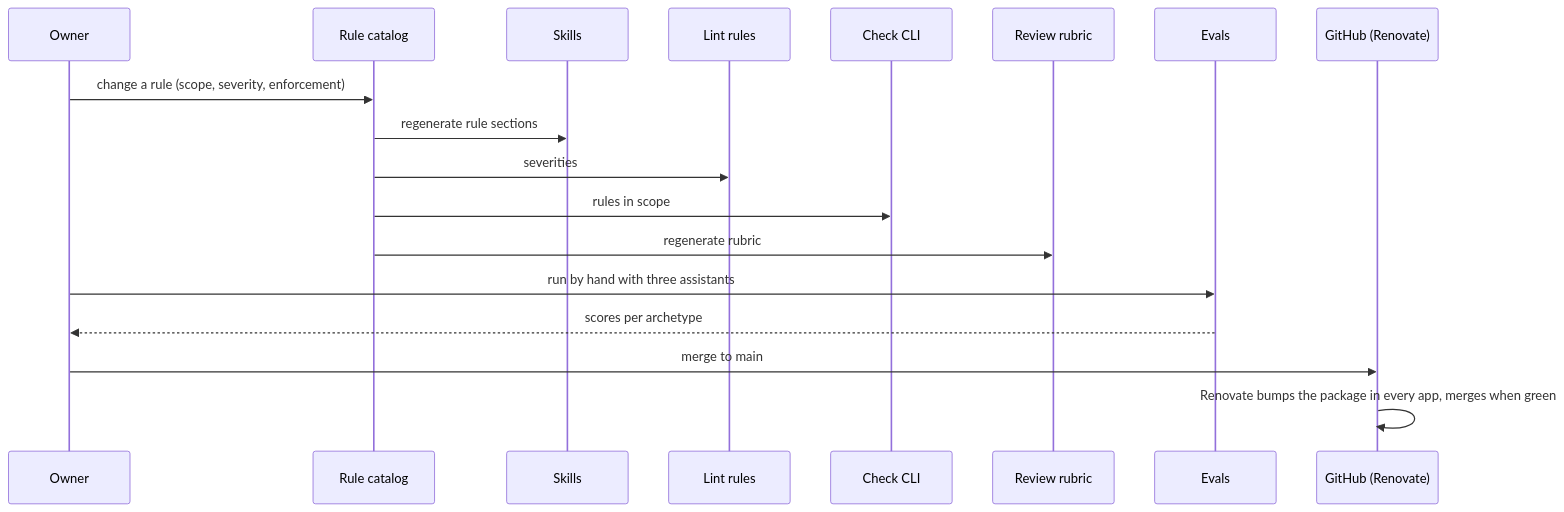
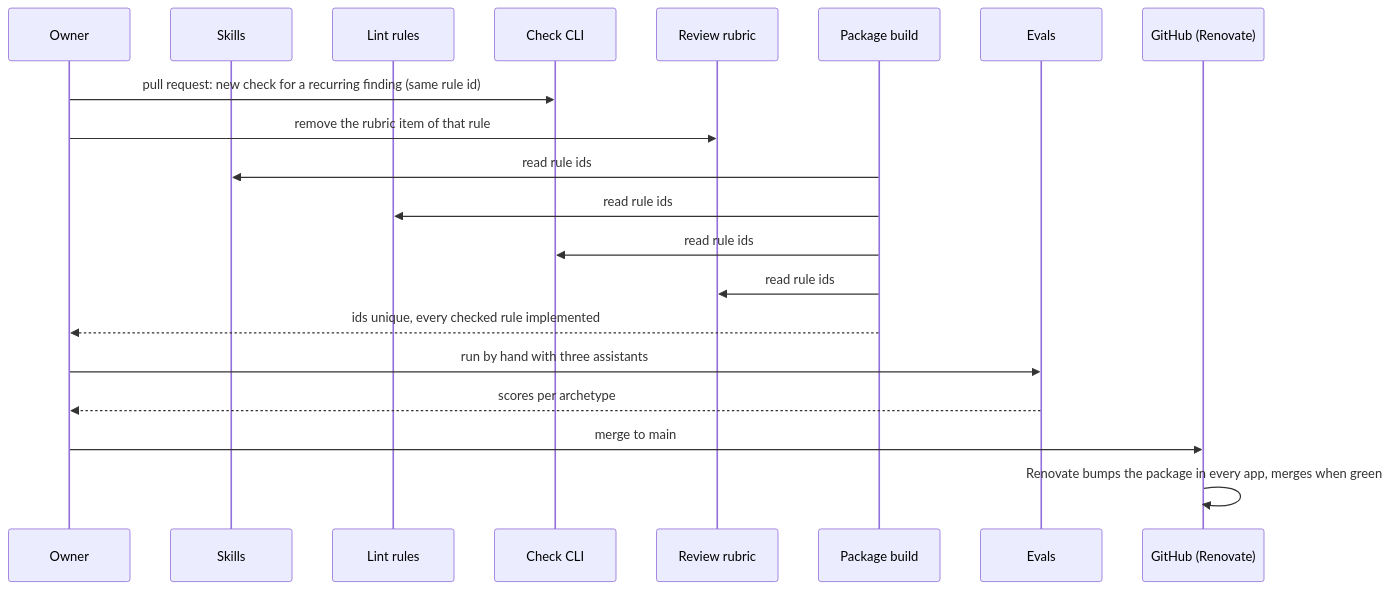
Before and after one commit to lernapps/tooling: the fourth of 4 diagrams in docs/arc42/06-runtime-view.arc42.md, drawn with Mermaid. The commit also changed other lines of this file and 13 other files, not shown here.

````diff
--- a/docs/arc42/06-runtime-view.arc42.md
+++ b/docs/arc42/06-runtime-view.arc42.md
@@ -166,20 +169,22 @@
 ```mermaid
 sequenceDiagram
     participant owner as Owner
-    participant catalog as Rule catalog
     participant skills as Skills
     participant lint as Lint rules
     participant check as Check CLI
     participant procedure as Review rubric
+    participant package as Package build
     participant evals as Evals
     participant github as GitHub (Renovate)
-    owner->>catalog: change a rule (scope, severity, enforcement)
-    catalog->>skills: regenerate rule sections
-    catalog->>lint: severities
-    catalog->>check: rules in scope
-    catalog->>procedure: regenerate rubric
+    owner->>check: pull request: new check for a recurring finding (same rule id)
+    owner->>procedure: remove the rubric item of that rule
+    package->>skills: read rule ids
+    package->>lint: read rule ids
+    package->>check: read rule ids
+    package->>procedure: read rule ids
+    package-->>owner: ids unique, every checked rule implemented
     owner->>evals: run by hand with three assistants
     evals-->>owner: scores per archetype
     owner->>github: merge to main
     github->>github: Renovate bumps the package in every app, merges when green
 ```
````
